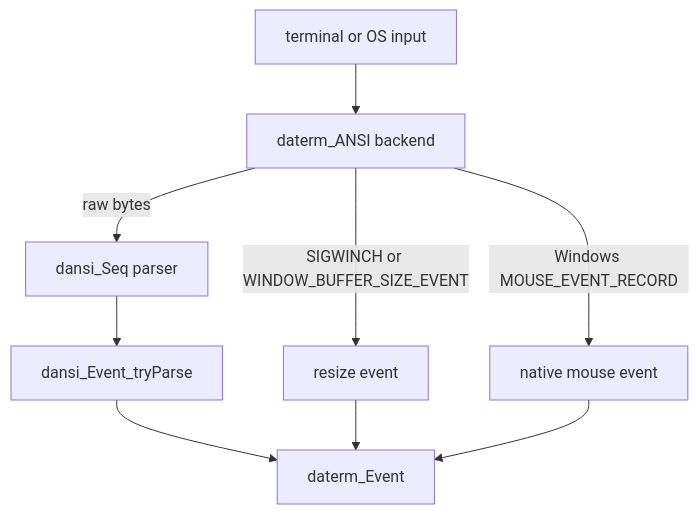
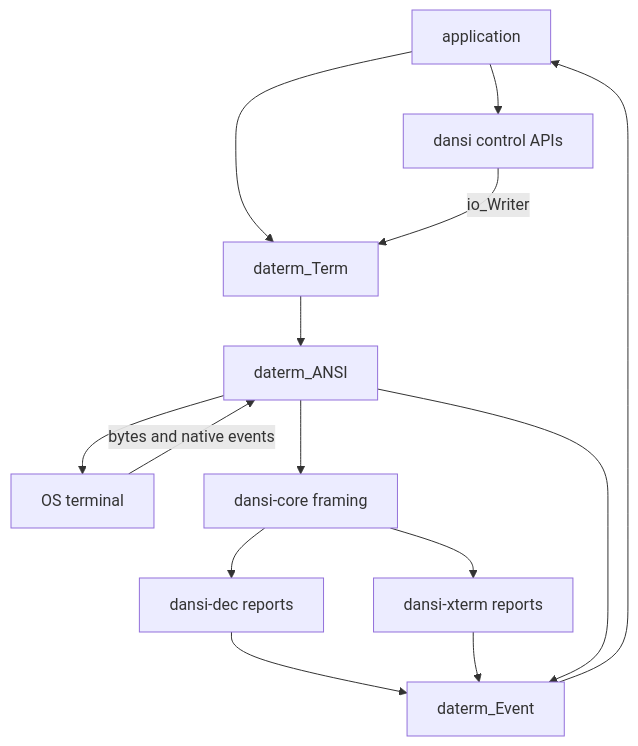
The first of 2 diagrams in dh-examples/daterm/README.md (coding-pelican/dasae-headers), drawn with Mermaid before and after one commit. The commit also changed other lines of this file and 25 other files, not shown here.

````diff
--- a/dh-examples/daterm/README.md
+++ b/dh-examples/daterm/README.md
@@ -200,11 +8,16 @@
 ```mermaid
-flowchart TD
-    T[terminal or OS input] --> B[daterm_ANSI backend]
-    B -->|raw bytes| S[dansi_Seq parser]
-    S --> P[dansi_Event_tryParse]
-    B -->|SIGWINCH or WINDOW_BUFFER_SIZE_EVENT| R[resize event]
-    B -->|Windows MOUSE_EVENT_RECORD| WM[native mouse event]
-    P --> E[daterm_Event]
-    R --> E
-    WM --> E
+graph TD
+    APP[application] --> TERM[daterm_Term]
+    TERM --> ANSI[daterm_ANSI]
+    ANSI --> OS[OS terminal]
+    APP --> DANSI[dansi control APIs]
+    DANSI -->|io_Writer| TERM
+    OS -->|bytes and native events| ANSI
+    ANSI --> CORE[dansi-core framing]
+    CORE --> DEC[dansi-dec reports]
+    CORE --> XTERM[dansi-xterm reports]
+    DEC --> EVENT[daterm_Event]
+    XTERM --> EVENT
+    ANSI --> EVENT
+    EVENT --> APP
 ```
````
